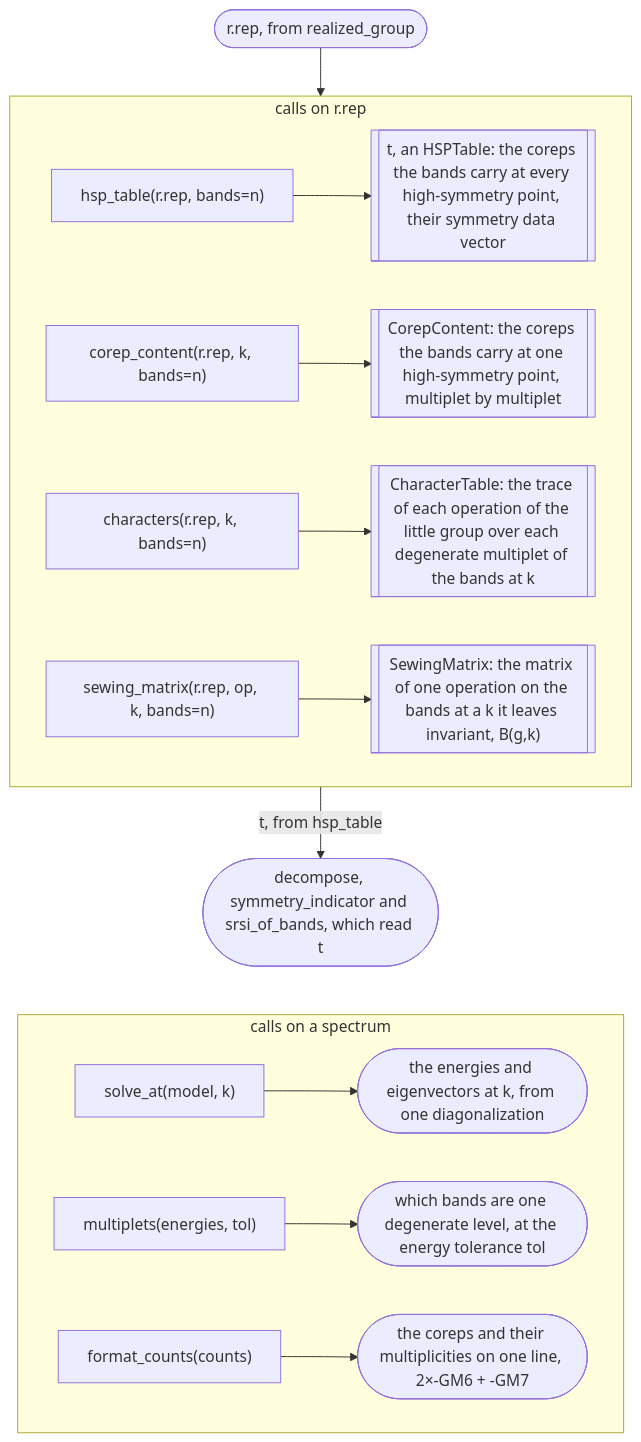
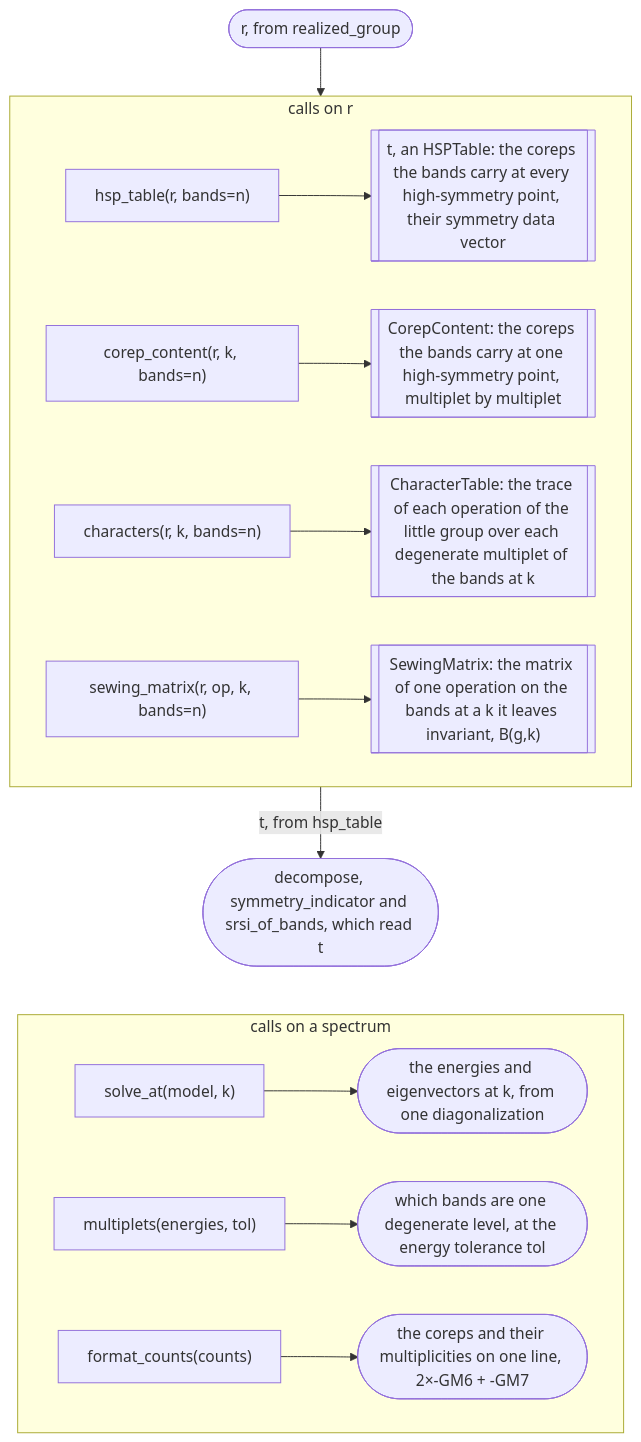
Before and after one commit to bbradlyn/pythtqc: the sixth of 8 diagrams in docs/background/modules.md, drawn with Mermaid. The commit also changed other lines of this file and 78 other files, not shown here.

First line of the commit message:
pythtqc: what realized_group returns is read by name, its orbitals as rows by Wyckoff orbit

````diff
--- a/docs/background/modules.md
+++ b/docs/background/modules.md
@@ -193,24 +191,24 @@
 ```mermaid
 flowchart TD
-    w_rep(["r.rep, from realized_group"])
+    w_rep(["r, from realized_group"])
     w_next(["decompose, symmetry_indicator and srsi_of_bands, which read t"])
 
     w_rep --> w_calls
     w_calls -- "t, from hsp_table" --> w_next
     w_next ~~~ w_tools
 
-    subgraph w_calls ["calls on r.rep"]
+    subgraph w_calls ["calls on r"]
         direction LR
-        w_ht["hsp_table(r.rep, bands=n)"] --> w_HT[["t, an HSPTable: the coreps the bands carry at every high-symmetry point, their symmetry data vector"]]
-        w_cc["corep_content(r.rep, k, bands=n)"] --> w_CC[["CorepContent: the coreps the bands carry at one high-symmetry point, multiplet by multiplet"]]
-        w_ch["characters(r.rep, k, bands=n)"] --> w_CT[["CharacterTable: the trace of each operation of the little group over each degenerate multiplet of the bands at k"]]
-        w_sm["sewing_matrix(r.rep, op, k, bands=n)"] --> w_SM[["SewingMatrix: the matrix of one operation on the bands at a k it leaves invariant, B(g,k)"]]
+        w_ht["hsp_table(r, bands=n)"] --> w_HT[["t, an HSPTable: the coreps the bands carry at every high-symmetry point, their symmetry data vector"]]
+        w_cc["corep_content(r, k, bands=n)"] --> w_CC[["CorepContent: the coreps the bands carry at one high-symmetry point, multiplet by multiplet"]]
+        w_ch["characters(r, k, bands=n)"] --> w_CT[["CharacterTable: the trace of each operation of the little group over each degenerate multiplet of the bands at k"]]
+        w_sm["sewing_matrix(r, op, k, bands=n)"] --> w_SM[["SewingMatrix: the matrix of one operation on the bands at a k it leaves invariant, B(g,k)"]]
     end
 
     subgraph w_tools ["calls on a spectrum"]
         direction LR
         w_solve["solve_at(model, k)"] --> w_solve_out(["the energies and eigenvectors at k, from one diagonalization"])
         w_mult["multiplets(energies, tol)"] --> w_mult_out(["which bands are one degenerate level, at the energy tolerance tol"])
         w_fmt["format_counts(counts)"] --> w_fmt_out(["the coreps and their multiplicities on one line, 2×-GM6 + -GM7"])
     end
 ```
````
